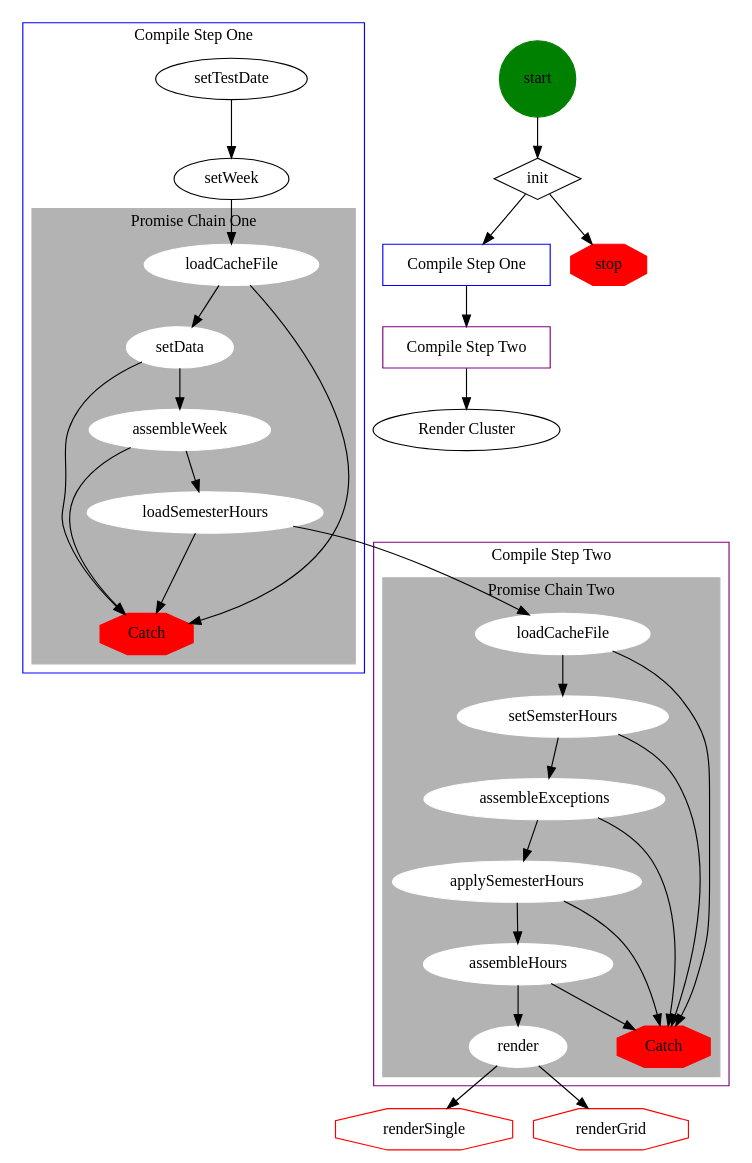
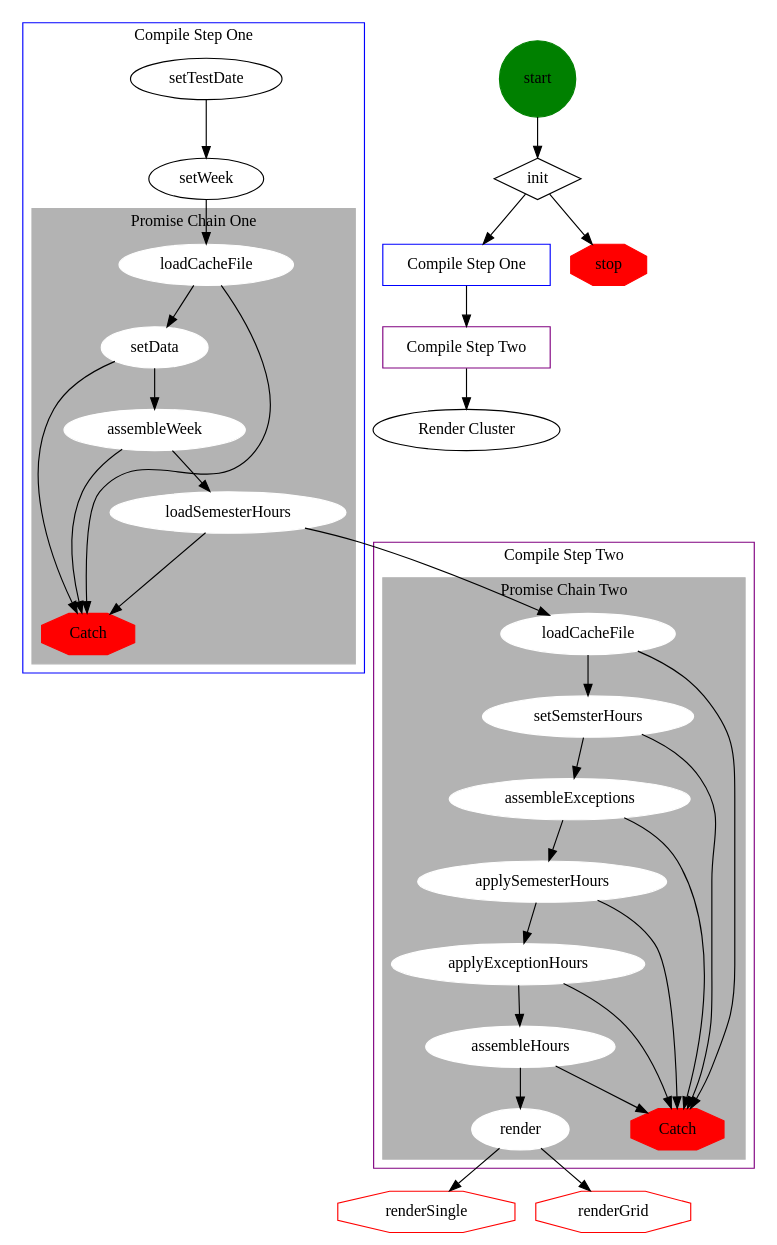
Before and after one commit to MITLibraries/MITlibraries-parent: the diagram in docs/hours-loader.dot, drawn with Graphviz. The commit also changed 2 other files, not shown here.

Commit message:
Applies reported exceptions to compiled list of hours

```diff
--- a/docs/hours-loader.dot
+++ b/docs/hours-loader.dot
@@ -1,97 +1,98 @@
 digraph G {
 	subgraph cluster_1 {
 		label = "Compile Step One";
 		color=blue;
 		setTestDate -> setWeek -> loadCacheFile1
 
 		subgraph cluster_2 {
 			label="Promise Chain One";
 			style=filled;
 			color=grey70;
 			node [style=filled,color=white];
 			loadCacheFile1 -> setData -> assembleWeek -> loadSemesterHours
 			loadCacheFile1 -> error1
 			setData -> error1
 			assembleWeek -> error1
 			loadSemesterHours -> error1
 		}
 	}
 
 	subgraph cluster_3 {
 		label = "Compile Step Two";
 		color = purple;
 
 		subgraph cluster_3 {
 			style=filled;
 			color=grey70;
 			node [style=filled,color=white];
-			loadCacheFile2 -> setSemsterHours -> assembleExceptions -> applySemesterHours -> assembleHours -> render
+			loadCacheFile2 -> setSemsterHours -> assembleExceptions -> applySemesterHours -> applyExceptionHours -> assembleHours -> render
 			loadCacheFile2 -> error2
 			setSemsterHours -> error2
 			assembleExceptions -> error2
 			applySemesterHours -> error2
+			applyExceptionHours -> error2
 			assembleHours -> error2
 			label = "Promise Chain Two";
 		}
 	}
 
 	start -> init
 	init -> compileStepOne
 	compileStepOne -> compileStepTwo
 	compileStepTwo -> renderCluster
 	init -> stop;
 	loadSemesterHours -> loadCacheFile2
 	render -> renderSingle
 	render -> renderGrid
 
 	compileStepOne [
 		shape=box,
 		color=blue,
 		label="Compile Step One"
 	];
 	compileStepTwo [
 		shape=box,
 		color=purple,
 		label="Compile Step Two"
 	];
 	error1 [
 		style=filled,
 		shape=octagon,
 		color=red,
 		label="Catch"
 	];
 	error2 [
 		style=filled,
 		shape=octagon,
 		color=red,
 		label="Catch"
 	];
 	init [
 		shape=diamond
 	];
 	loadCacheFile1 [
 		style=filled,
 		color=white
 		label="loadCacheFile"
 	];
 	loadCacheFile2 [
 		style=filled,
 		color=white
 		label="loadCacheFile"
 	];
 	renderCluster [
 		label="Render Cluster"
 	];
 	start [
 		style=filled,
 		shape=circle,
 		color=green
 	];
 	stop [
 		style=filled,
 		shape=octagon,
 		color=red
 	];
 	renderSingle [shape=octagon,color=red];
 	renderGrid [shape=octagon,color=red];
 }
```
